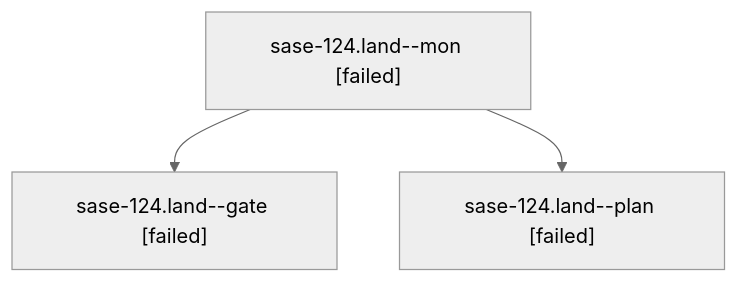
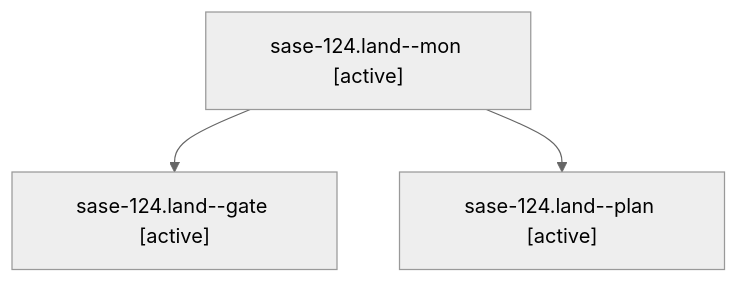
Before and after one commit to sase-org/sase--agents: the diagram in families/bbugyi200.athena.sase-124.land.md, drawn with Mermaid (neutral theme). The commit also changed other lines of this file and 35830 other files, not shown here.

````diff
--- a/families/bbugyi200.athena.sase-124.land.md
+++ b/families/bbugyi200.athena.sase-124.land.md
@@ -9,8 +9,8 @@
 ```mermaid
 flowchart TD
-  n0["sase-124.land--mon [failed]"]
-  n1["sase-124.land--gate [failed]"]
+  n0["sase-124.land--mon [active]"]
+  n1["sase-124.land--gate [active]"]
   n0 --> n1
-  n2["sase-124.land--plan [failed]"]
+  n2["sase-124.land--plan [active]"]
   n0 --> n2
 ```
````
